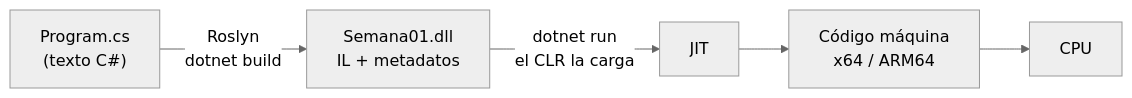
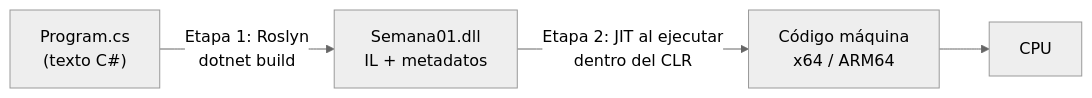
The first of 2 diagrams in Busqueda empleo NET/10 Teoria de CSharp.md (DeployStudioMx/.NETplan), drawn with Mermaid (neutral theme) before and after one commit. The commit also changed other lines of this file and 8 other files, not shown here.

````diff
--- a/Busqueda empleo NET/10 Teoria de CSharp.md
+++ b/Busqueda empleo NET/10 Teoria de CSharp.md
@@ -44,7 +66,6 @@
 ```mermaid
 flowchart LR
-  A["Program.cs<br/>(texto C#)"] -->|"Roslyn<br/>dotnet build"| B["Semana01.dll<br/>IL + metadatos"]
-  B -->|"dotnet run<br/>el CLR la carga"| C["JIT"]
-  C --> D["Código máquina<br/>x64 / ARM64"]
+  A["Program.cs<br/>(texto C#)"] -->|"Etapa 1: Roslyn<br/>dotnet build"| B["Semana01.dll<br/>IL + metadatos"]
+  B -->|"Etapa 2: JIT al ejecutar<br/>dentro del CLR"| D["Código máquina<br/>x64 / ARM64"]
   D --> E["CPU"]
 ```
````
